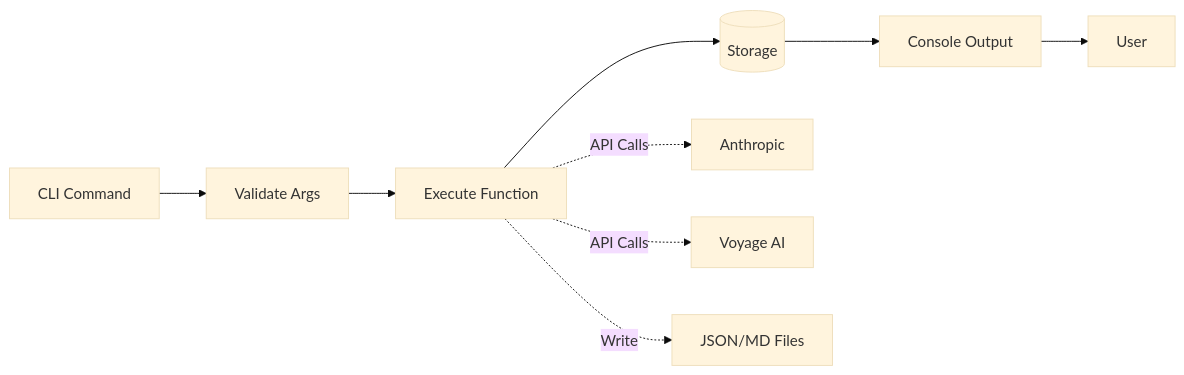
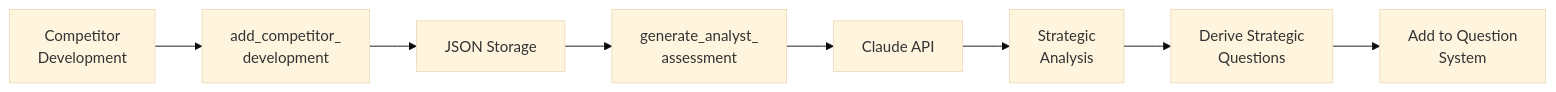
Before and after one commit to HumanFirstAi/roadmap-synth: the eighth of 11 diagrams in ARCHITECTURE_REVIEW.md, drawn with Mermaid (base theme). The commit also changed other lines of this file and 11 other files, not shown here.

First line of the commit message:
Add expanded test suite and update architecture documentation

````diff
--- a/ARCHITECTURE_REVIEW.md
+++ b/ARCHITECTURE_REVIEW.md
@@ -614,12 +509,10 @@
 ```mermaid
 flowchart LR
-    CLI[CLI Command] --> Validate[Validate Args]
-    Validate --> Execute[Execute Function]
-    Execute --> Storage[(Storage)]
-    Storage --> Output[Console Output]
-    Output --> User[User]
-
-    Execute -.API Calls.-> Anthropic[Anthropic]
-    Execute -.API Calls.-> Voyage[Voyage AI]
-    Execute -.Write.-> Files[JSON/MD Files]
+    DEV[Competitor<br/>Development] --> LOG[add_competitor_<br/>development]
+    LOG --> JSON[JSON Storage]
+    JSON --> ASSESS[generate_analyst_<br/>assessment]
+    ASSESS --> CLAUDE[Claude API]
+    CLAUDE --> ANALYSIS[Strategic<br/>Analysis]
+    ANALYSIS --> QUESTIONS[Derive Strategic<br/>Questions]
+    QUESTIONS --> SYSTEM[Add to Question<br/>System]
 ```
````
